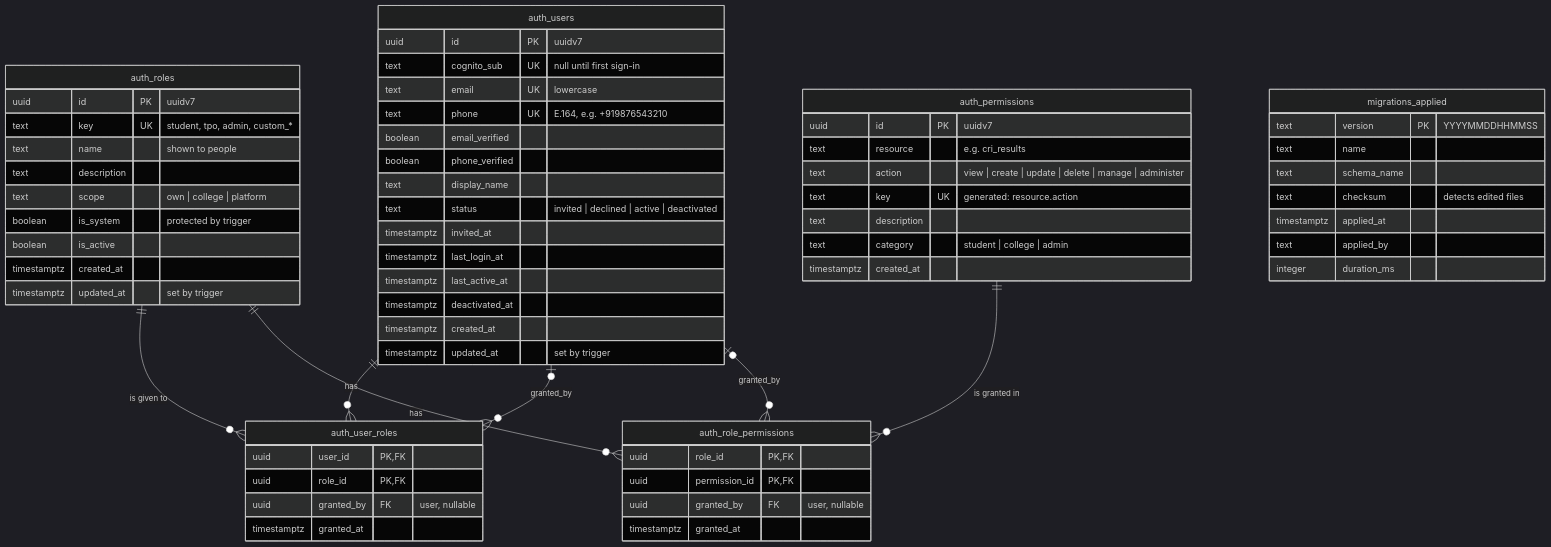
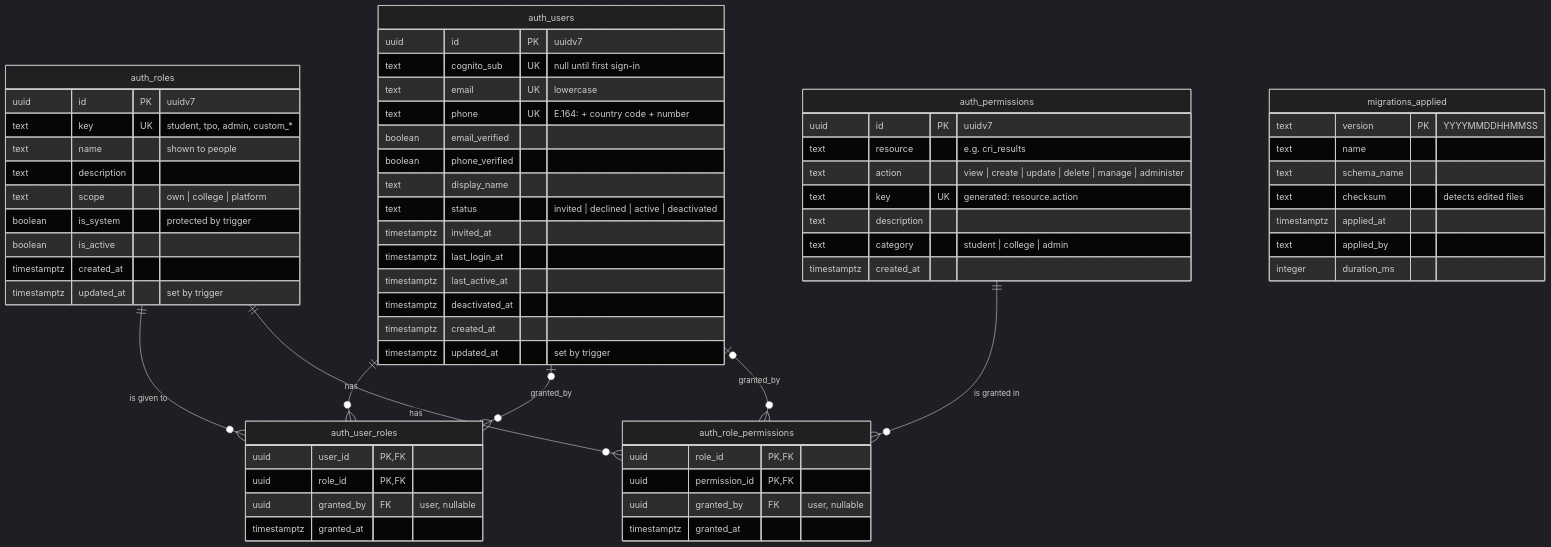
The first of 2 diagrams in database/erd.md (metadamen-ai-career-os/metadamen-engineering-docs), drawn with Mermaid (dark theme) before and after one commit. The commit also changed 7 other files, not shown here.

````diff
--- a/database/erd.md
+++ b/database/erd.md
@@ -25,72 +25,72 @@
 ```mermaid
 erDiagram
     auth_users ||--o{ auth_user_roles : "has"
     auth_roles ||--o{ auth_user_roles : "is given to"
     auth_roles ||--o{ auth_role_permissions : "has"
     auth_permissions ||--o{ auth_role_permissions : "is granted in"
     auth_users |o--o{ auth_user_roles : "granted_by"
     auth_users |o--o{ auth_role_permissions : "granted_by"
 
     auth_users {
         uuid id PK "uuidv7"
         text cognito_sub UK "null until first sign-in"
         text email UK "lowercase"
-        text phone UK "E.164, e.g. +919876543210"
+        text phone UK "E.164: + country code + number"
         boolean email_verified
         boolean phone_verified
         text display_name
         text status "invited | declined | active | deactivated"
         timestamptz invited_at
         timestamptz last_login_at
         timestamptz last_active_at
         timestamptz deactivated_at
         timestamptz created_at
         timestamptz updated_at "set by trigger"
     }
 
     auth_roles {
         uuid id PK "uuidv7"
         text key UK "student, tpo, admin, custom_*"
         text name "shown to people"
         text description
         text scope "own | college | platform"
         boolean is_system "protected by trigger"
         boolean is_active
         timestamptz created_at
         timestamptz updated_at "set by trigger"
     }
 
     auth_permissions {
         uuid id PK "uuidv7"
         text resource "e.g. cri_results"
         text action "view | create | update | delete | manage | administer"
         text key UK "generated: resource.action"
         text description
         text category "student | college | admin"
         timestamptz created_at
     }
 
     auth_role_permissions {
         uuid role_id PK, FK
         uuid permission_id PK, FK
         uuid granted_by FK "user, nullable"
         timestamptz granted_at
     }
 
     auth_user_roles {
         uuid user_id PK, FK
         uuid role_id PK, FK
         uuid granted_by FK "user, nullable"
         timestamptz granted_at
     }
 
     migrations_applied {
         text version PK "YYYYMMDDHHMMSS"
         text name
         text schema_name
         text checksum "detects edited files"
         timestamptz applied_at
         text applied_by
         integer duration_ms
     }
 ```
````
